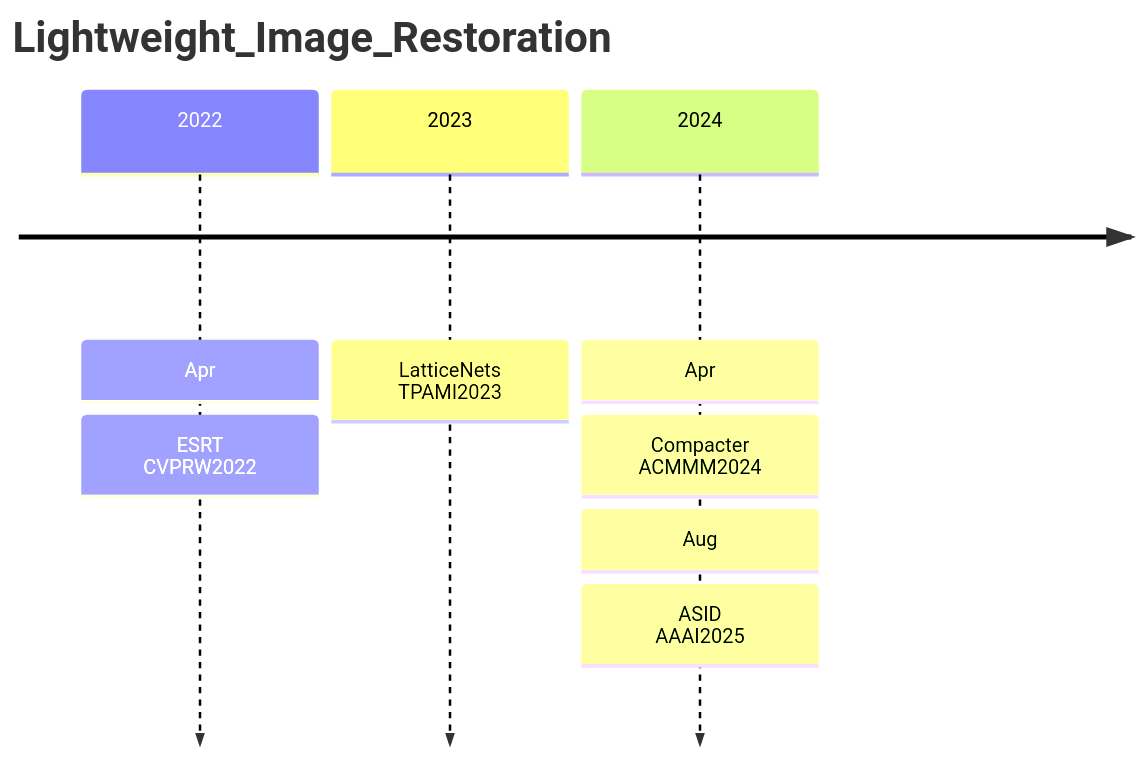
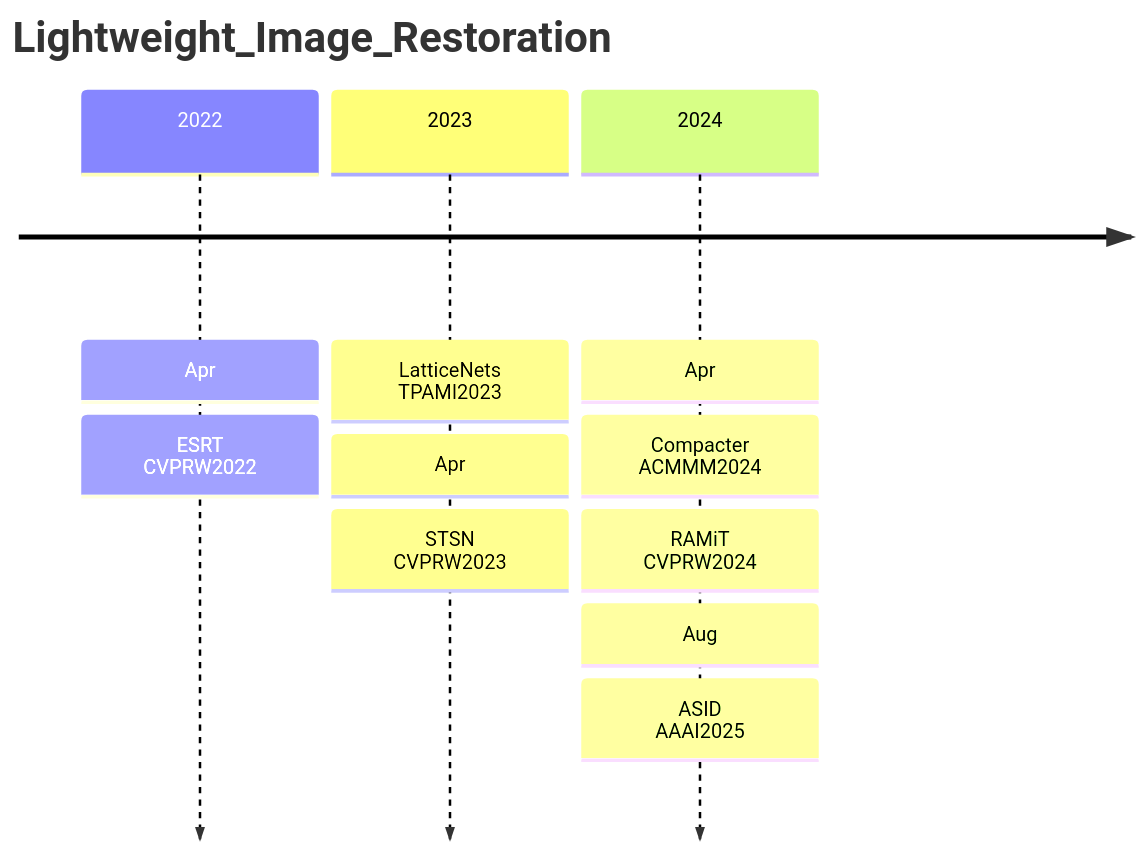
The first of 4 diagrams in CV/Lightweight/analyse.md (Elephant-King9/Paper), drawn with Mermaid before and after one commit. The commit also changed other lines of this file and 6 other files, not shown here.

````diff
--- a/CV/Lightweight/analyse.md
+++ b/CV/Lightweight/analyse.md
@@ -5,11 +5,14 @@
 ```mermaid
 timeline
     title Lightweight_Image_Restoration
     2022: Apr
     		: ESRT<br>CVPRW2022
     2023: LatticeNets<br>TPAMI2023
+    		: Apr
+    		: STSN<br>CVPRW2023
     2024: Apr
     		: Compacter<br>ACMMM2024
+    		: RAMiT<br>CVPRW2024
     		: Aug
     		: ASID<br>AAAI2025 
 ```
````
